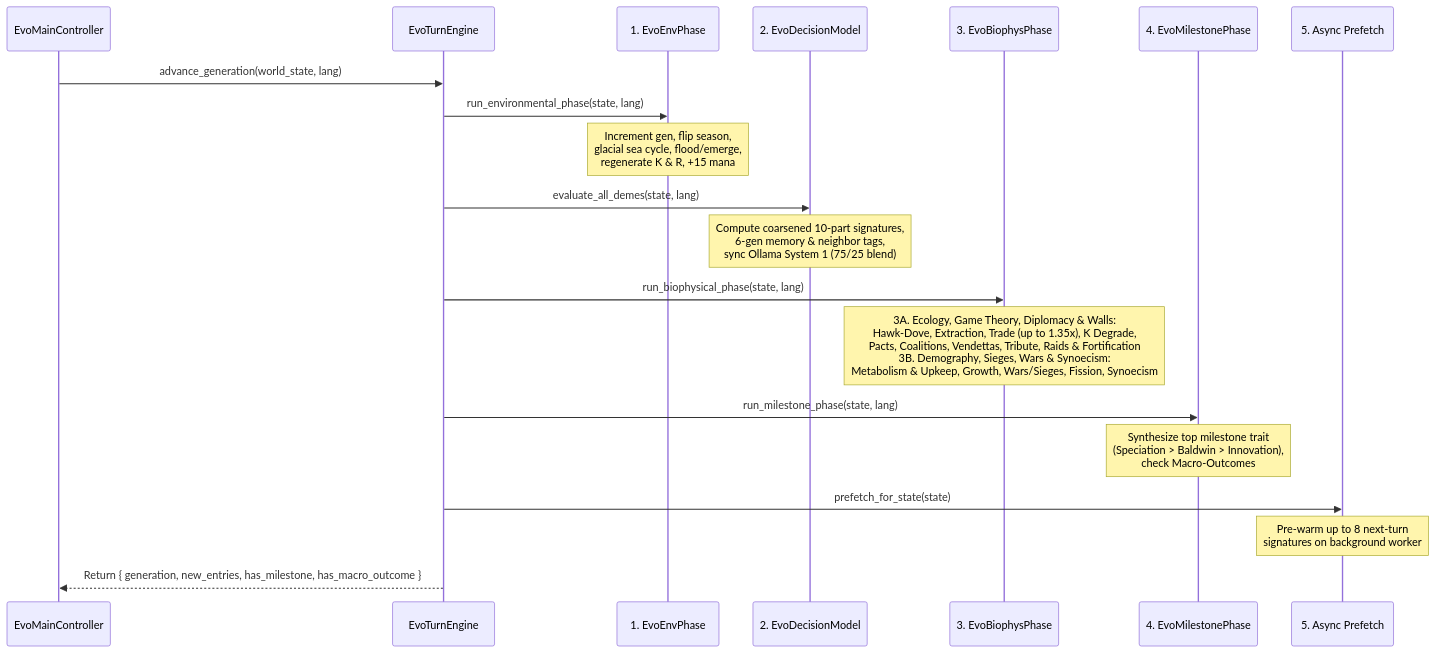
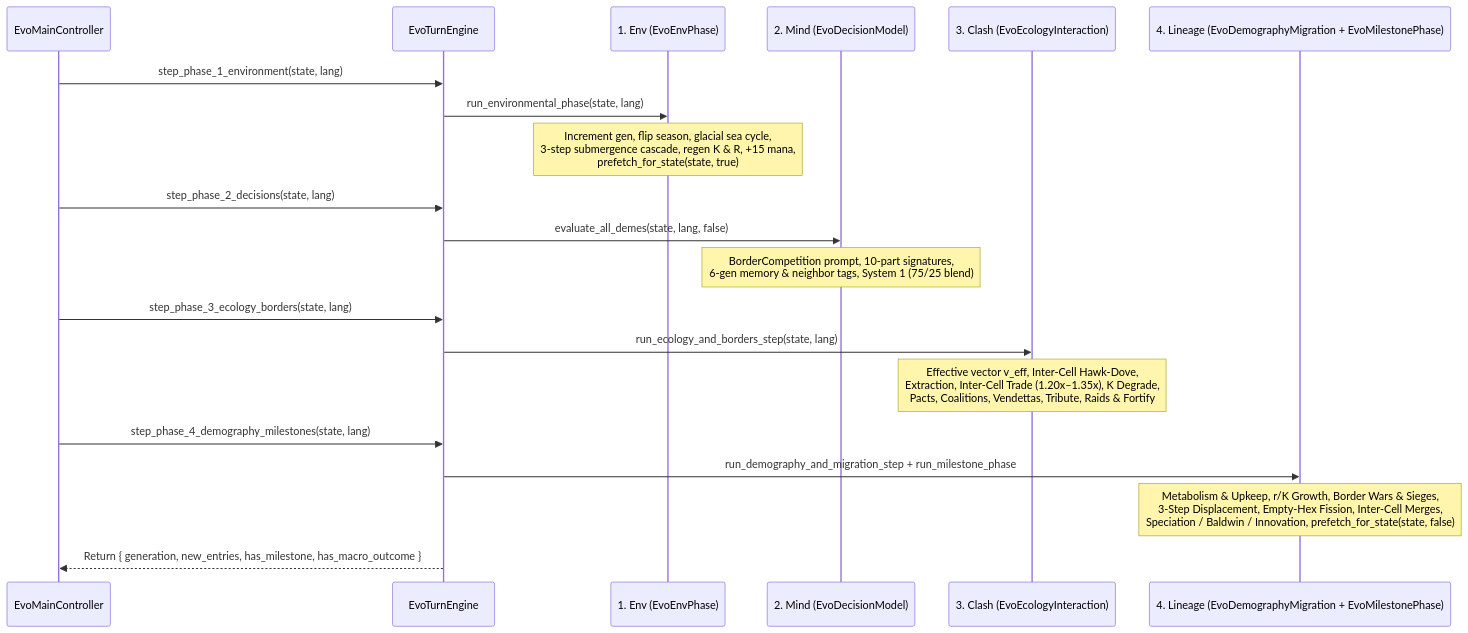
One commit to arrase/Evolution changed the first of 2 diagrams in gh-pages/turn_iterations_mechanics.md. Above: the diagram before and after it, drawn with Mermaid. The commit also changed other lines of this file and 34 other files, not shown here.

Commit message:
feat: implement 2.5D vector/shader world renderer, 1-deme-per-hex borders, semantic zoom, and 4-step micro-phase playback

````diff
--- a/gh-pages/turn_iterations_mechanics.md
+++ b/gh-pages/turn_iterations_mechanics.md
@@ -9,23 +9,23 @@
 ```mermaid
 sequenceDiagram
     participant Main as EvoMainController
     participant Turn as EvoTurnEngine
-    participant Env as 1. EvoEnvPhase
-    participant Cog as 2. EvoDecisionModel
-    participant Bio as 3. EvoBiophysPhase
-    participant Mile as 4. EvoMilestonePhase
-    participant Pre as 5. Async Prefetch
+    participant Env as 1. Env (EvoEnvPhase)
+    participant Cog as 2. Mind (EvoDecisionModel)
+    participant Eco as 3. Clash (EvoEcologyInteraction)
+    participant Dem as 4. Lineage (EvoDemographyMigration + EvoMilestonePhase)
 
-    Main->>Turn: advance_generation(world_state, lang)
+    Main->>Turn: step_phase_1_environment(state, lang)
     Turn->>Env: run_environmental_phase(state, lang)
-    Note over Env: Increment gen, flip season,<br/>glacial sea cycle, flood/emerge,<br/>regenerate K & R, +15 mana
-    Turn->>Cog: evaluate_all_demes(state, lang)
-    Note over Cog: Compute coarsened 10-part signatures,<br/>6-gen memory & neighbor tags,<br/>sync Ollama System 1 (75/25 blend)
-    Turn->>Bio: run_biophysical_phase(state, lang)
-    Note over Bio: 3A. Ecology, Game Theory, Diplomacy & Walls:<br/>Hawk-Dove, Extraction, Trade (up to 1.35x), K Degrade,<br/>Pacts, Coalitions, Vendettas, Tribute, Raids & Fortification<br/>3B. Demography, Sieges, Wars & Synoecism:<br/>Metabolism & Upkeep, Growth, Wars/Sieges, Fission, Synoecism
-    Turn->>Mile: run_milestone_phase(state, lang)
-    Note over Mile: Synthesize top milestone trait<br/>(Speciation > Baldwin > Innovation),<br/>check Macro-Outcomes
-    Turn->>Pre: prefetch_for_state(state)
-    Note over Pre: Pre-warm up to 8 next-turn<br/>signatures on background worker
+    Note over Env: Increment gen, flip season, glacial sea cycle,<br/>3-step submergence cascade, regen K & R, +15 mana,<br/>prefetch_for_state(state, true)
+    Main->>Turn: step_phase_2_decisions(state, lang)
+    Turn->>Cog: evaluate_all_demes(state, lang, false)
+    Note over Cog: BorderCompetition prompt, 10-part signatures,<br/>6-gen memory & neighbor tags, System 1 (75/25 blend)
+    Main->>Turn: step_phase_3_ecology_borders(state, lang)
+    Turn->>Eco: run_ecology_and_borders_step(state, lang)
+    Note over Eco: Effective vector v_eff, Inter-Cell Hawk-Dove,<br/>Extraction, Inter-Cell Trade (1.20x–1.35x), K Degrade,<br/>Pacts, Coalitions, Vendettas, Tribute, Raids & Fortify
+    Main->>Turn: step_phase_4_demography_milestones(state, lang)
+    Turn->>Dem: run_demography_and_migration_step + run_milestone_phase
+    Note over Dem: Metabolism & Upkeep, r/K Growth, Border Wars & Sieges,<br/>3-Step Displacement, Empty-Hex Fission, Inter-Cell Merges,<br/>Speciation / Baldwin / Innovation, prefetch_for_state(state, false)
     Turn-->>Main: Return { generation, new_entries, has_milestone, has_macro_outcome }
 ```
````
